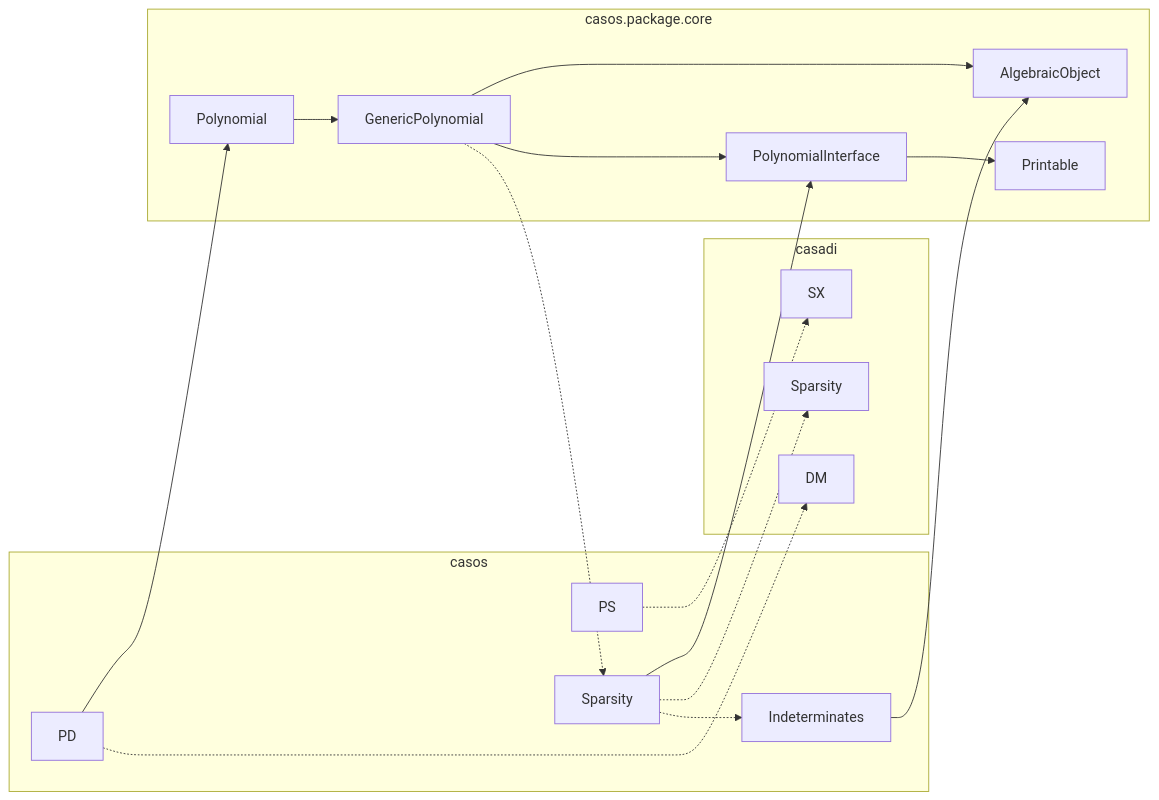
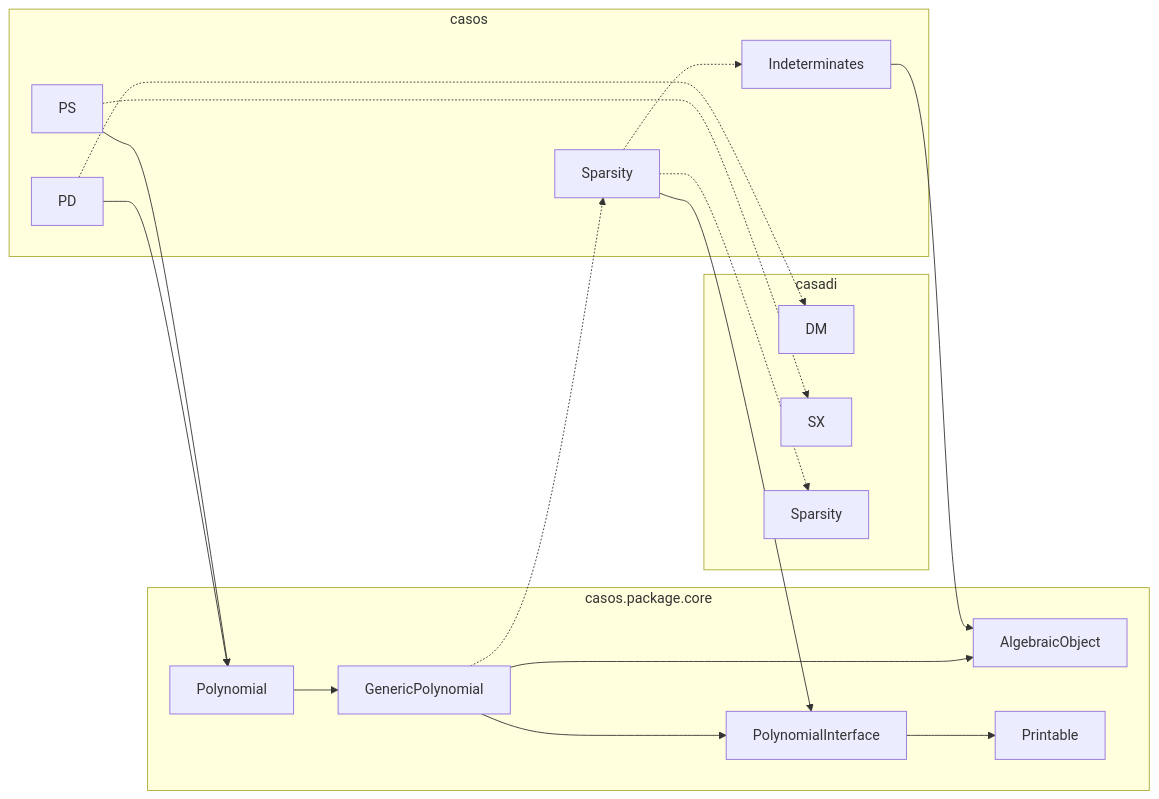
The first of 2 diagrams in +casos/+package/README.md (iFR-ACSO/casos), drawn with Mermaid before and after one commit. The commit also changed other lines of this file, not shown here.

````diff
--- a/+casos/+package/README.md
+++ b/+casos/+package/README.md
@@ -4,28 +4,27 @@
 ```mermaid
 flowchart LR
   subgraph casadi
     casadi.DM[DM]
     casadi.SX[SX]
     casadi.Sparsity[Sparsity]
   end
   subgraph casos
     casos.PD[PD]
     casos.PS[PS]
-    casos.Sparsity[Sparsity]
-    casos.Indeterminates[Indeterminates]
+    casos.Sparsity[Sparsity] -.-> casos.Indeterminates[Indeterminates]
   end
   subgraph casos.package.core
     Polynomial --> GenericPolynomial
     GenericPolynomial --> AlgebraicObject
     GenericPolynomial --> PolynomialInterface
     PolynomialInterface --> Printable
   end
   casos.PD --> Polynomial
   casos.PD -.-> casadi.DM
+  casos.PS --> Polynomial
   casos.PS -.-> casadi.SX
   casos.Sparsity --> PolynomialInterface
   casos.Sparsity -.-> casadi.Sparsity
-  casos.Sparsity -.-> casos.Indeterminates
   casos.Indeterminates --> AlgebraicObject
   GenericPolynomial -.-> casos.Sparsity
 ```
````
